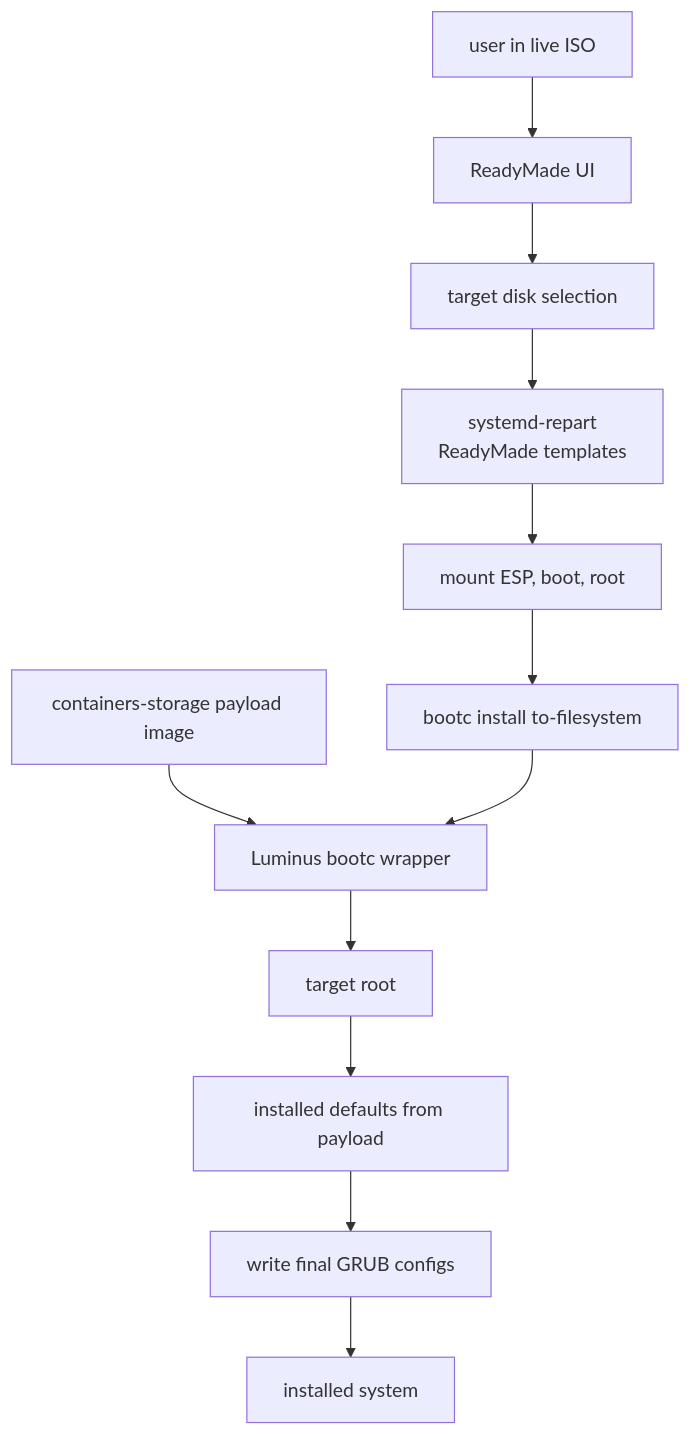
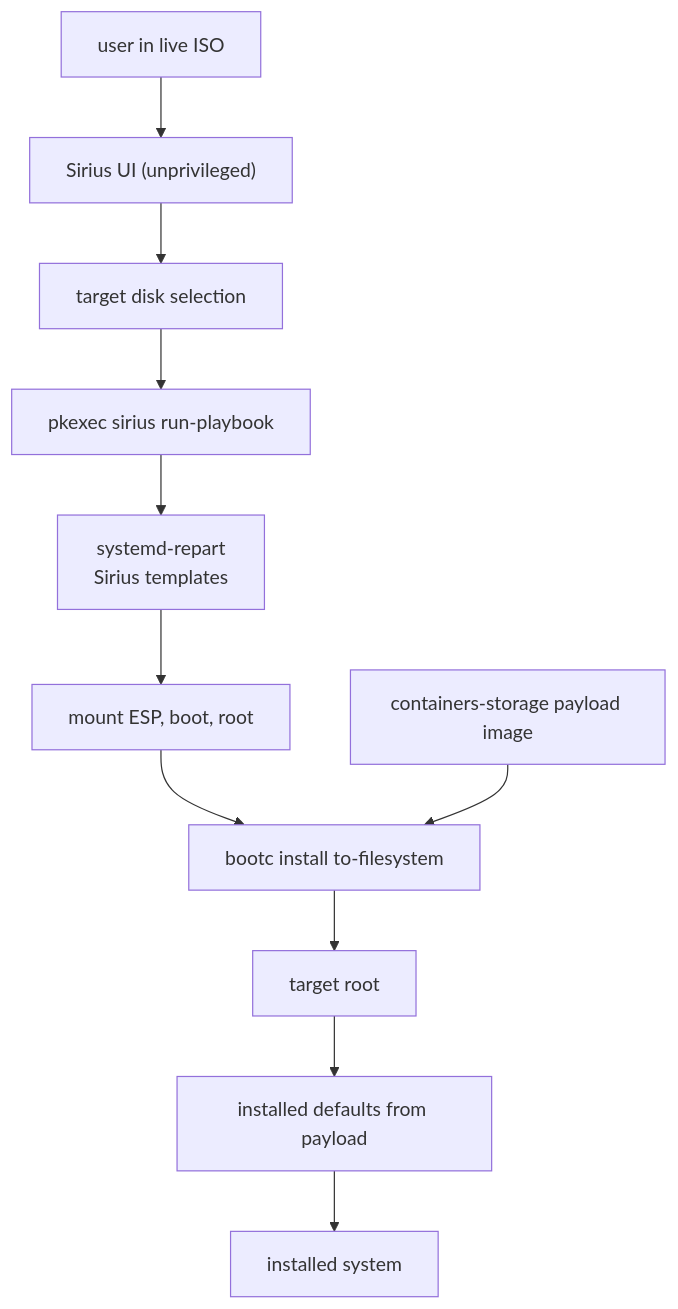
Before and after one commit to luminusOS/images: the seventh of 14 diagrams in ARCHITECTURE.md, drawn with Mermaid. The commit also changed other lines of this file and 48 other files, not shown here.

First line of the commit message:
feat!: migrate the live ISO installer from ReadyMade to Sirius

````diff
--- a/ARCHITECTURE.md
+++ b/ARCHITECTURE.md
@@ -389,19 +374,18 @@
 ```mermaid
 flowchart TD
     User["user in live ISO"]
-    ReadyMadeUI["ReadyMade UI"]
+    SiriusUI["Sirius UI (unprivileged)"]
     Disk["target disk selection"]
-    Repart["systemd-repart<br/>ReadyMade templates"]
+    Pkexec["pkexec sirius run-playbook"]
+    Repart["systemd-repart<br/>Sirius templates"]
     Mounts["mount ESP, boot, root"]
     BootcInstall["bootc install to-filesystem"]
-    BootcWrapper["Luminus bootc wrapper"]
     Payload["containers-storage payload image"]
     TargetRoot["target root"]
     PayloadDefaults["installed defaults from payload"]
-    Grub["write final GRUB configs"]
     Done["installed system"]
 
-    User --> ReadyMadeUI --> Disk --> Repart --> Mounts --> BootcInstall
-    Payload --> BootcWrapper
-    BootcInstall --> BootcWrapper --> TargetRoot --> PayloadDefaults --> Grub --> Done
+    User --> SiriusUI --> Disk --> Pkexec --> Repart --> Mounts --> BootcInstall
+    Payload --> BootcInstall
+    BootcInstall --> TargetRoot --> PayloadDefaults --> Done
 ```
````
